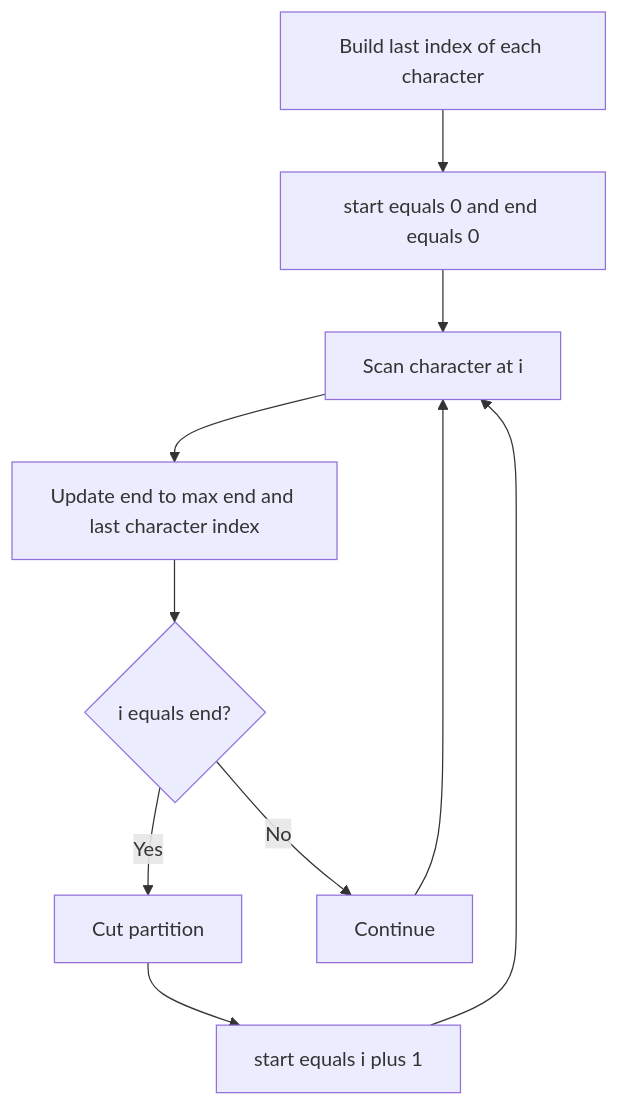
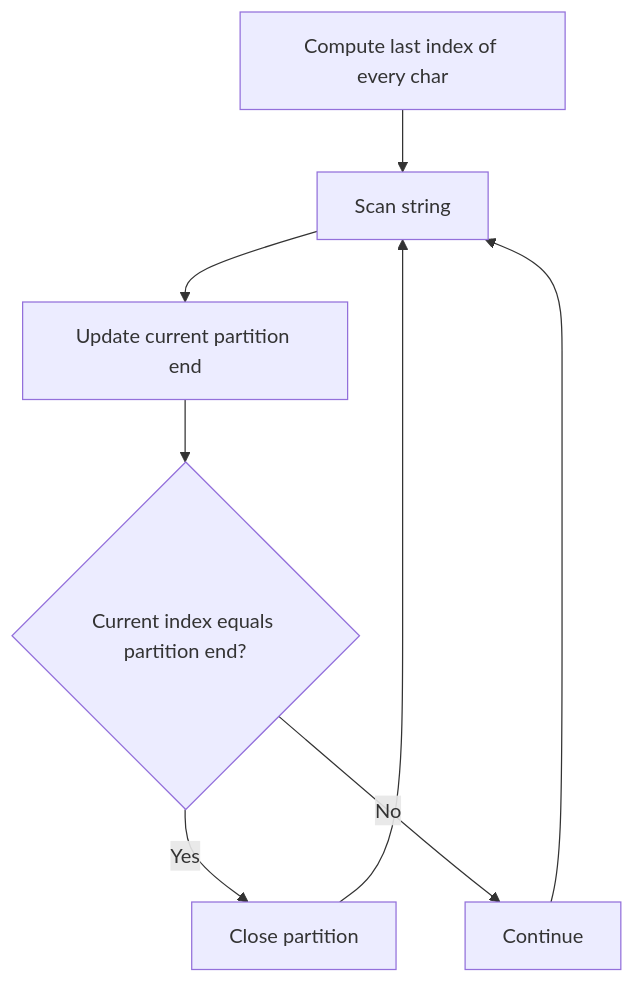
Diagram 11 of 22 in CP_DSA_NOTES/CONCEPT_FRAMEWORK_FORMS_TATICS/010_GREEDY_CFFT.md (mthaiseer/springcloud-systemdesign-notes), drawn with Mermaid before and after one commit. The commit also changed other lines of this file and 1 other file, not shown here.

````diff
--- a/CP_DSA_NOTES/CONCEPT_FRAMEWORK_FORMS_TATICS/010_GREEDY_CFFT.md
+++ b/CP_DSA_NOTES/CONCEPT_FRAMEWORK_FORMS_TATICS/010_GREEDY_CFFT.md
@@ -502,12 +625,10 @@
 ```mermaid
 flowchart TD
-    A[Build last index of each character] --> B[start equals 0 and end equals 0]
-    B --> C[Scan character at i]
-    C --> D[Update end to max end and last character index]
-    D --> E{i equals end?}
-    E -->|Yes| F[Cut partition]
-    E -->|No| G[Continue]
-    F --> H[start equals i plus 1]
-    G --> C
-    H --> C
+    A[Compute last index of every char] --> B[Scan string]
+    B --> C[Update current partition end]
+    C --> D{Current index equals partition end?}
+    D -->|Yes| E[Close partition]
+    D -->|No| F[Continue]
+    E --> B
+    F --> B
 ```
````
